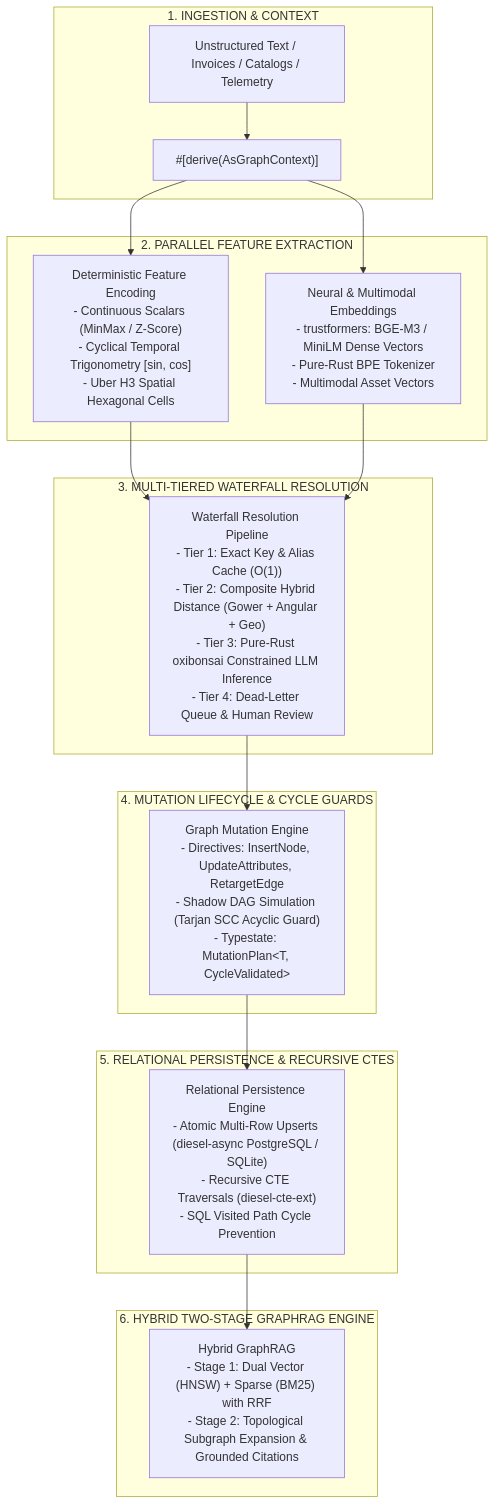
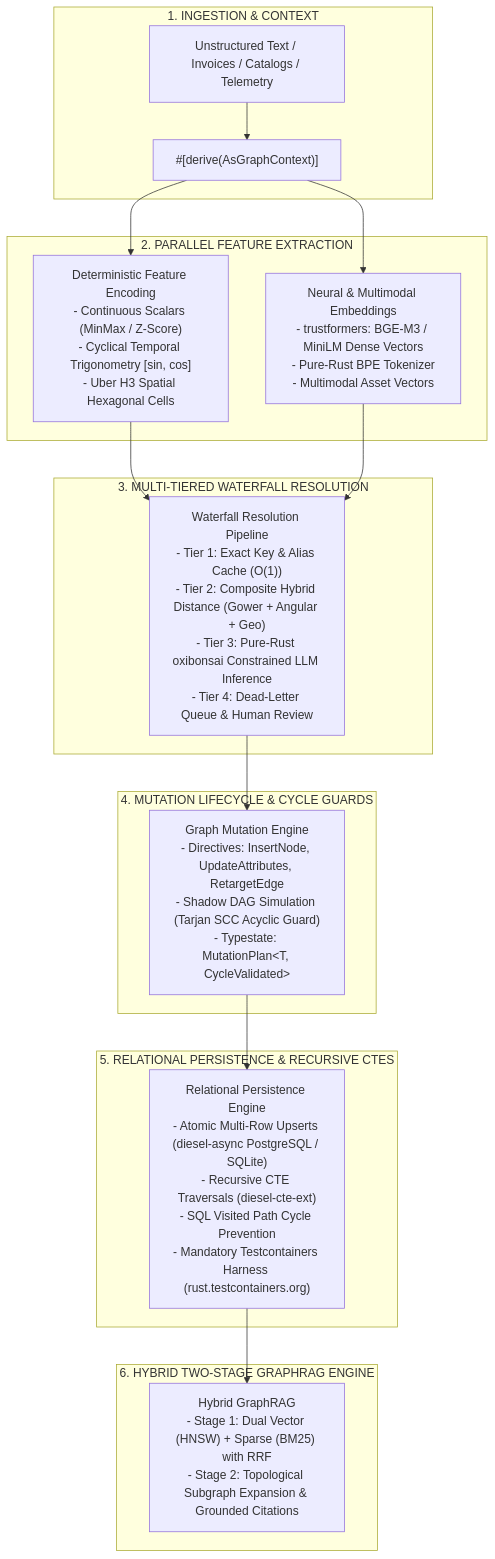
One commit to yasuomaidana/embedag changed the diagram in doc/00_MASTER_SPECIFICATIONS.md. Above: the diagram before and after it, drawn with Mermaid. The commit also changed other lines of this file and 9 other files, not shown here.

Commit message:
feat(ci): add mandatory persistence integration tests

````diff
--- a/doc/00_MASTER_SPECIFICATIONS.md
+++ b/doc/00_MASTER_SPECIFICATIONS.md
@@ -36,27 +37,27 @@
 ```mermaid
 flowchart TD
     subgraph Ingestion ["1. INGESTION & CONTEXT"]
         Raw["Unstructured Text / Invoices / Catalogs / Telemetry"] --> Derive["#[derive(AsGraphContext)]"]
     end
 
     subgraph Encoders ["2. PARALLEL FEATURE EXTRACTION"]
         Derive --> Det["Deterministic Feature Encoding<br/>- Continuous Scalars (MinMax / Z-Score)<br/>- Cyclical Temporal Trigonometry [sin, cos]<br/>- Uber H3 Spatial Hexagonal Cells"]
         Derive --> Neural["Neural & Multimodal Embeddings<br/>- trustformers: BGE-M3 / MiniLM Dense Vectors<br/>- Pure-Rust BPE Tokenizer<br/>- Multimodal Asset Vectors"]
     end
 
     subgraph Resolution ["3. MULTI-TIERED WATERFALL RESOLUTION"]
         Det & Neural --> Tiers["Waterfall Resolution Pipeline<br/>- Tier 1: Exact Key & Alias Cache (O(1))<br/>- Tier 2: Composite Hybrid Distance (Gower + Angular + Geo)<br/>- Tier 3: Pure-Rust oxibonsai Constrained LLM Inference<br/>- Tier 4: Dead-Letter Queue & Human Review"]
     end
 
     subgraph Mutation ["4. MUTATION LIFECYCLE & CYCLE GUARDS"]
         Tiers --> Mut["Graph Mutation Engine<br/>- Directives: InsertNode, UpdateAttributes, RetargetEdge<br/>- Shadow DAG Simulation (Tarjan SCC Acyclic Guard)<br/>- Typestate: MutationPlan&lt;T, CycleValidated&gt;"]
     end
 
     subgraph Persistence ["5. RELATIONAL PERSISTENCE & RECURSIVE CTES"]
-        Mut --> DB["Relational Persistence Engine<br/>- Atomic Multi-Row Upserts (diesel-async PostgreSQL / SQLite)<br/>- Recursive CTE Traversals (diesel-cte-ext)<br/>- SQL Visited Path Cycle Prevention"]
+        Mut --> DB["Relational Persistence Engine<br/>- Atomic Multi-Row Upserts (diesel-async PostgreSQL / SQLite)<br/>- Recursive CTE Traversals (diesel-cte-ext)<br/>- SQL Visited Path Cycle Prevention<br/>- Mandatory Testcontainers Harness (rust.testcontainers.org)"]
     end
 
     subgraph GraphRAG ["6. HYBRID TWO-STAGE GRAPHRAG ENGINE"]
         DB --> RAG["Hybrid GraphRAG<br/>- Stage 1: Dual Vector (HNSW) + Sparse (BM25) with RRF<br/>- Stage 2: Topological Subgraph Expansion & Grounded Citations"]
     end
 ```
````
